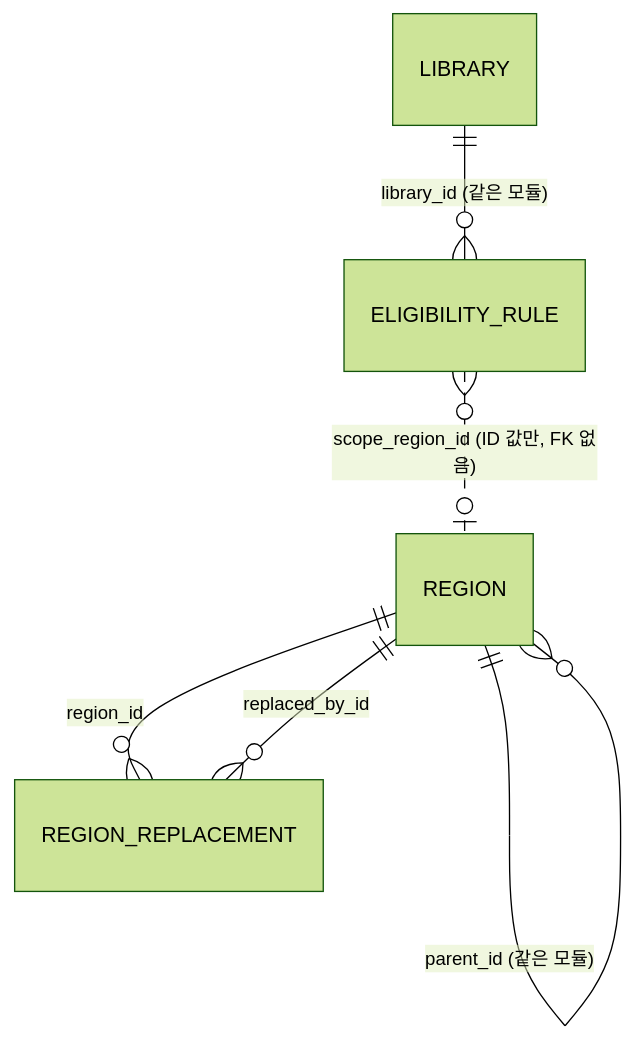
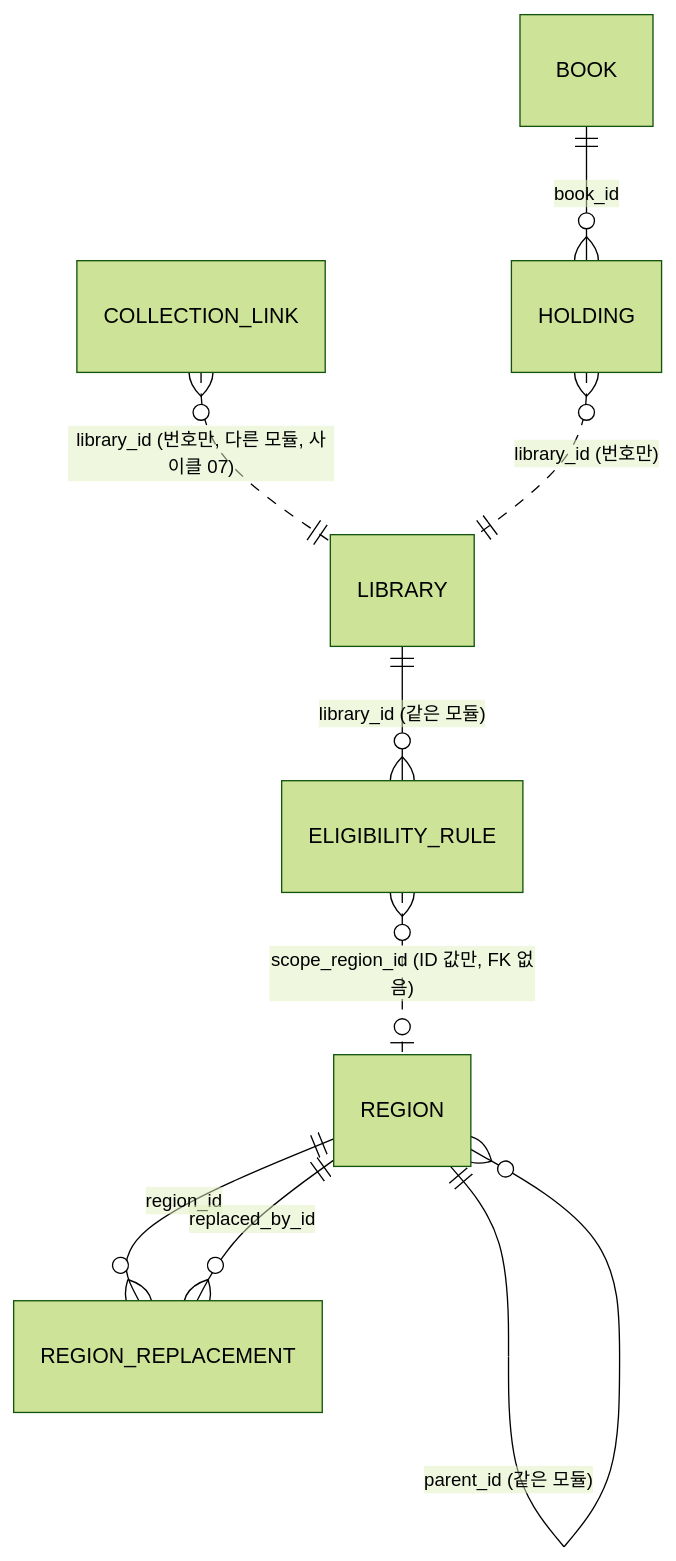
The first of 5 diagrams in docs/current/data-model.md (hodu-sketch/chaekcheck-plan), drawn with Mermaid (forest theme) before and after one commit. The commit also changed other lines of this file and 73 other files, not shown here.

````diff
--- a/docs/current/data-model.md
+++ b/docs/current/data-model.md
@@ -17,8 +31,11 @@
 ```mermaid
 erDiagram
   REGION ||--o{ REGION : "parent_id (같은 모듈)"
   REGION ||--o{ REGION_REPLACEMENT : "region_id"
   REGION ||--o{ REGION_REPLACEMENT : "replaced_by_id"
   LIBRARY ||--o{ ELIGIBILITY_RULE : "library_id (같은 모듈)"
   ELIGIBILITY_RULE }o..o| REGION : "scope_region_id (ID 값만, FK 없음)"
+  COLLECTION_LINK }o..|| LIBRARY : "library_id (번호만, 다른 모듈, 사이클 07)"
+  BOOK ||--o{ HOLDING : "book_id"
+  HOLDING }o..|| LIBRARY : "library_id (번호만)"
 ```
````
